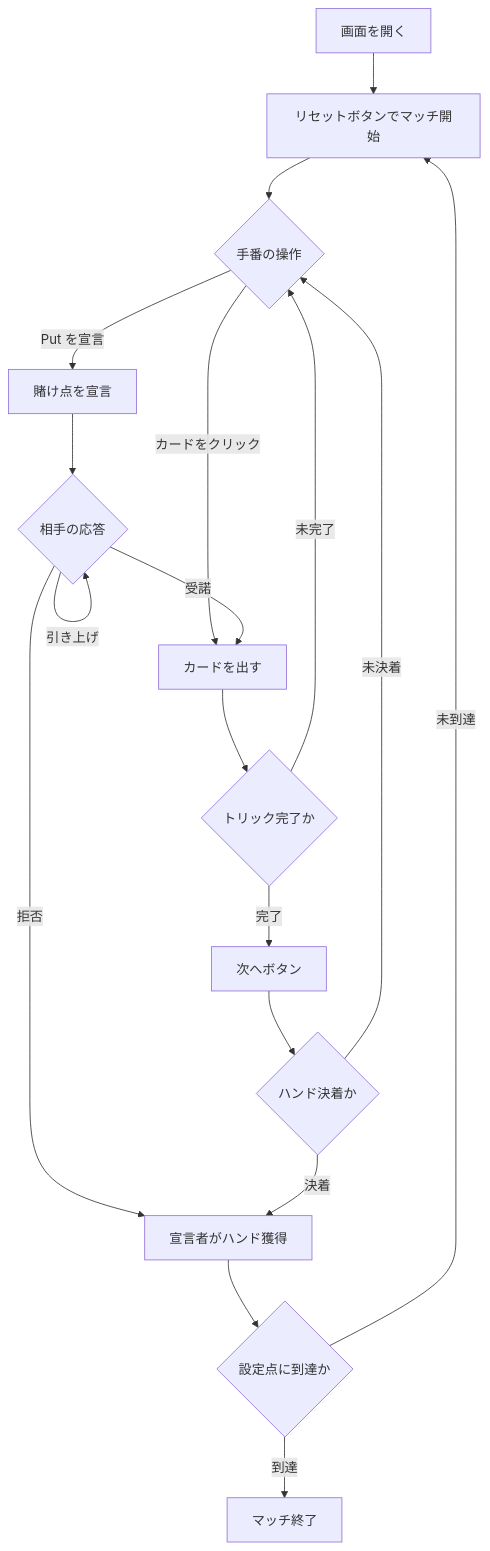
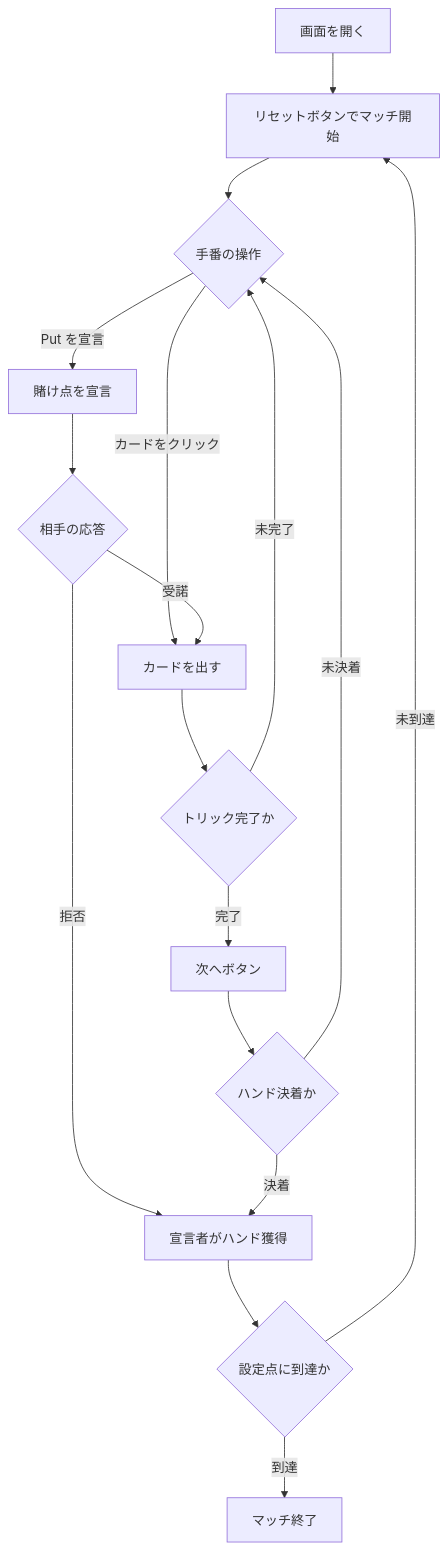
One commit to yuta-yoshinaga/go_trumpcards changed the diagram in docs/manual/web/put.md. Above: the diagram before and after it, drawn with Mermaid. The commit also changed other lines of this file and 7 other files, not shown here.

````diff
--- a/docs/manual/web/put.md
+++ b/docs/manual/web/put.md
@@ -43,20 +43,19 @@
 ```mermaid
 flowchart TD
     A[画面を開く] --> B[リセットボタンでマッチ開始]
     B --> C{手番の操作}
     C -->|カードをクリック| D[カードを出す]
     C -->|Put を宣言| E[賭け点を宣言]
     E --> F{相手の応答}
     F -->|受諾| D
     F -->|拒否| H[宣言者がハンド獲得]
-    F -->|引き上げ| F
     D --> G{トリック完了か}
     G -->|未完了| C
     G -->|完了| I[次へボタン]
     I --> J{ハンド決着か}
     J -->|未決着| C
     J -->|決着| H
     H --> K{設定点に到達か}
     K -->|未到達| B
     K -->|到達| L[マッチ終了]
 ```
````
